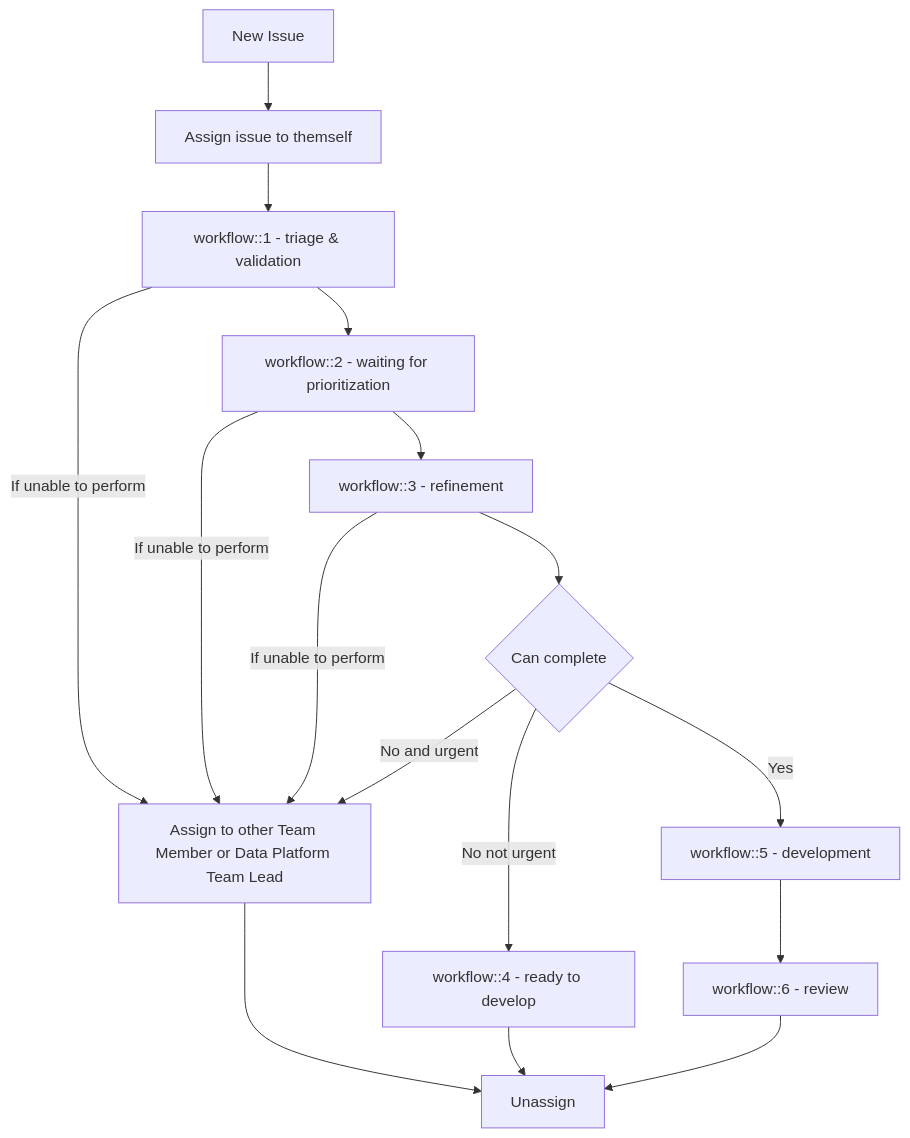
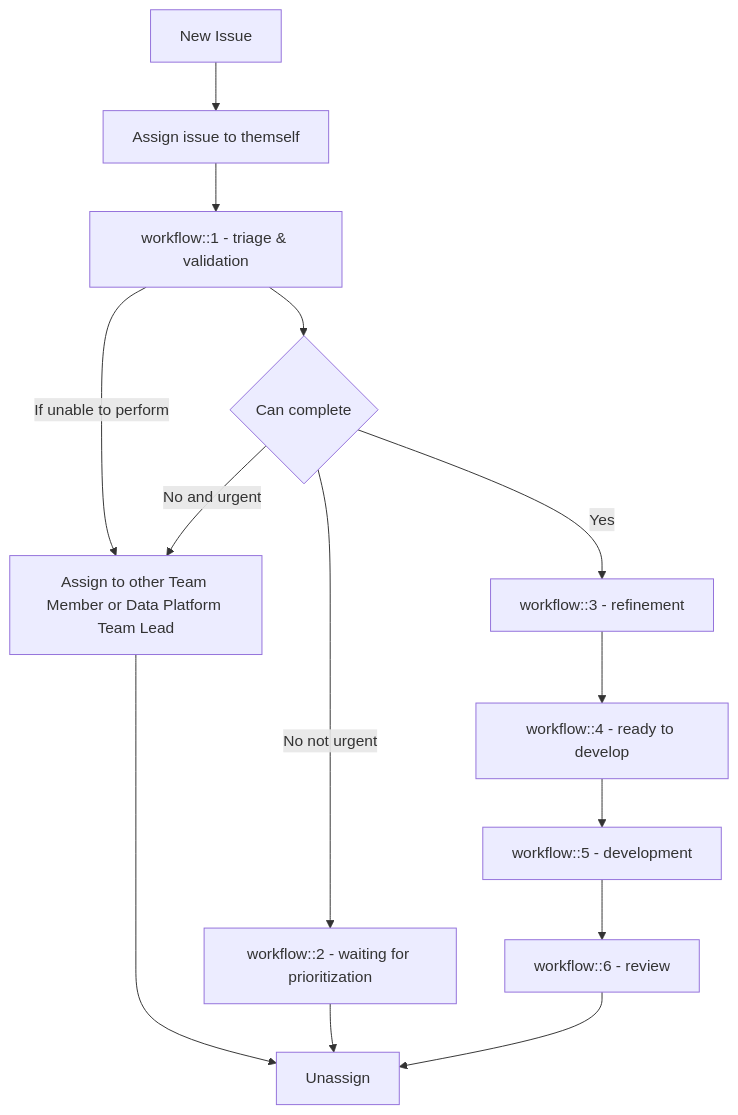
The first of 2 diagrams in content/handbook/enterprise-data/how-we-work/triage.md (zalyoung/gitlab-handbook), drawn with Mermaid before and after one commit.

Commit message:
Update file triage.md

````diff
--- a/content/handbook/enterprise-data/how-we-work/triage.md
+++ b/content/handbook/enterprise-data/how-we-work/triage.md
@@ -156,20 +156,29 @@
 ```mermaid
 flowchart TD
-    A[New Issue] --> B[Assign issue to themself]
-    B --> C[workflow::1 - triage & validation]
-    C --> D[workflow::2 - waiting for prioritization]
-    D --> E[workflow::3 - refinement]
-    F[Assign to other Team Member or Data Platform Team Lead ]
-    C -->|If unable to perform| F
-    D -->|If unable to perform| F
-    E -->|If unable to perform| F
-    E -->G{Can complete}
-    G -->|No and urgent| F
-    G -->|No not urgent| H[workflow::4 - ready to develop]
-    G -->|Yes| J[workflow::5 - development]
-    J -->K[workflow::6 - review]
+    N[New Issue]
+    A[Assign issue to themself]
+    C{Can complete}
+    R[Assign to other Team Member or Data Platform Team Lead ]
     U[Unassign]
-    F-->U
-    H-->U
-    K-->U
+
+    1[workflow::1 - triage & validation]
+    2[workflow::2 - waiting for prioritization]
+    3[workflow::3 - refinement]
+    4[workflow::4 - ready to develop]
+    5[workflow::5 - development]
+    6[workflow::6 - review]
+
+    N-->A
+    A-->1
+    1-->C
+    1 -->|If unable to perform| R
+    R --> U
+    C -->|No and urgent | R
+    C -->|No not urgent | 2
+    2 --> U
+    C -->|Yes | 3
+    3 --> 4
+    4 --> 5
+    5 --> 6
+    6 --> U
 ```
````
